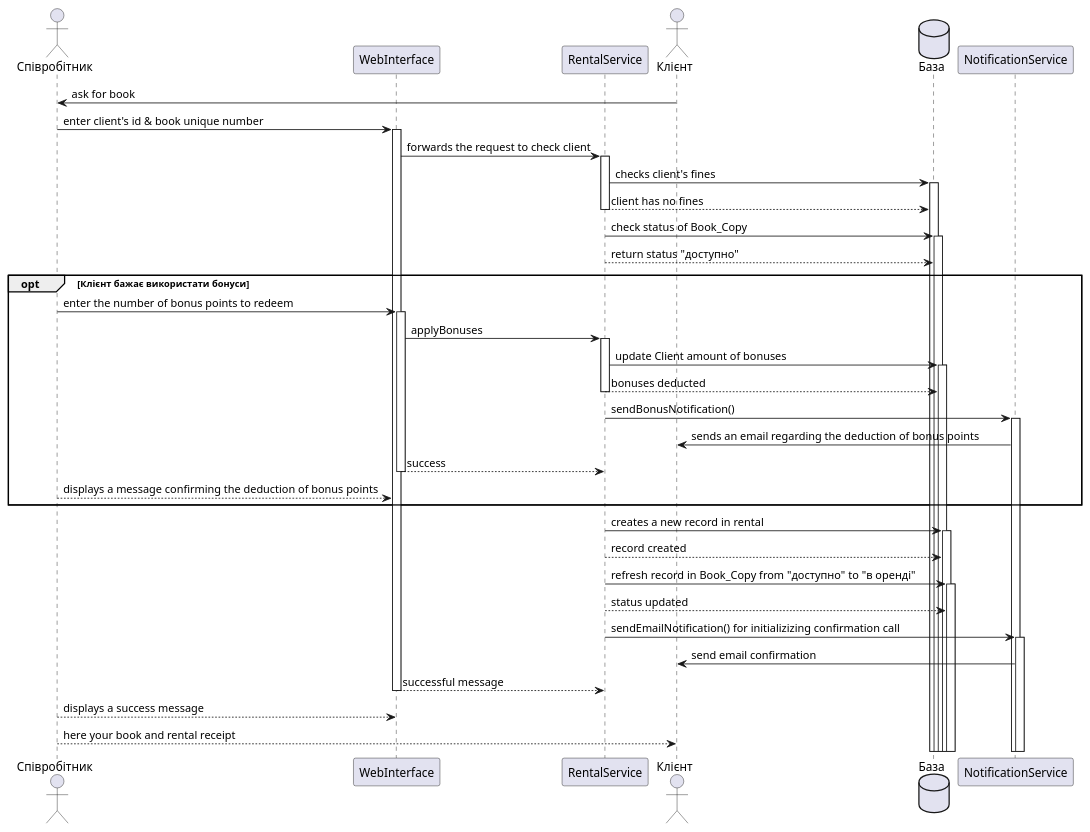
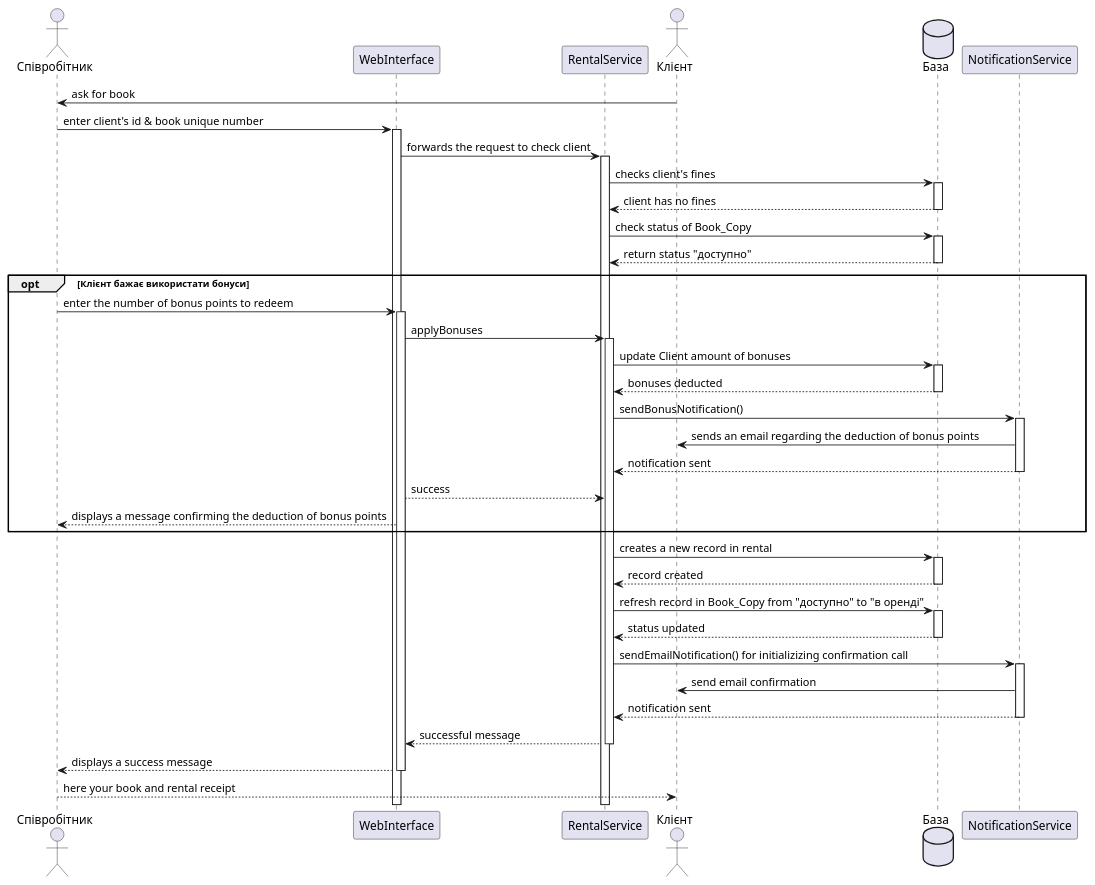
Before and after one commit to sofiakiosova37-boop/bookshop_kpi2: the first of 6 diagrams in task3/sequence.puml, drawn with PlantUML. The commit also changed other lines of this file, not shown here.

Commit message:
Since things got a bit confusing, the orientation of the arrows (the direction they point) has been corrected. Additionally, buttons have been added to close the various functions

```diff
--- a/task3/sequence.puml
+++ b/task3/sequence.puml
@@ -3,37 +4,39 @@
 @startuml
 actor Співробітник as staff
 participant WebInterface as ui
 participant RentalService as service
 actor Клієнт as cus
 database База as DB
 participant NotificationService as notify
 
 cus -> staff: ask for book
 staff -> ui ++: enter client's id & book unique number
 ui -> service ++: forwards the request to check client
 service -> DB ++: checks client's fines 
-DB <-- service --: client has no fines 
+service <-- DB --: client has no fines 
 service -> DB ++: check status of Book_Copy
-DB <-- service --: return status "доступно"
+service <-- DB --: return status "доступно"
 
 opt Клієнт бажає використати бонуси
     staff -> ui ++: enter the number of bonus points to redeem
     ui -> service ++: applyBonuses
     service -> DB ++: update Client amount of bonuses
-    DB <-- service --: bonuses deducted
+    service <-- DB --: bonuses deducted
     service -> notify ++: sendBonusNotification()
     notify -> cus: sends an email regarding the deduction of bonus points
-    service <-- ui --: success
-    ui <-- staff: displays a message confirming the deduction of bonus points
-end
+    service <-- notify --: notification sent
+    service <-- ui: success
+    staff <-- ui: displays a message confirming the deduction of bonus points
+end opt
 
 service -> DB ++: creates a new record in rental
-DB <-- service --: record created
+service <-- DB --: record created
 service -> DB ++: refresh record in Book_Copy from "доступно" to "в оренді"
-DB <-- service --: status updated
+service <-- DB --: status updated
 service -> notify ++: sendEmailNotification() for initializizing confirmation call
 notify -> cus: send email confirmation
-service <-- ui --: successful message
-ui <-- staff --: displays a success message
+service <-- notify --: notification sent
+ui <-- service --: successful message
+staff <-- ui --: displays a success message
 cus <-- staff: here your book and rental receipt
 @enduml
```
